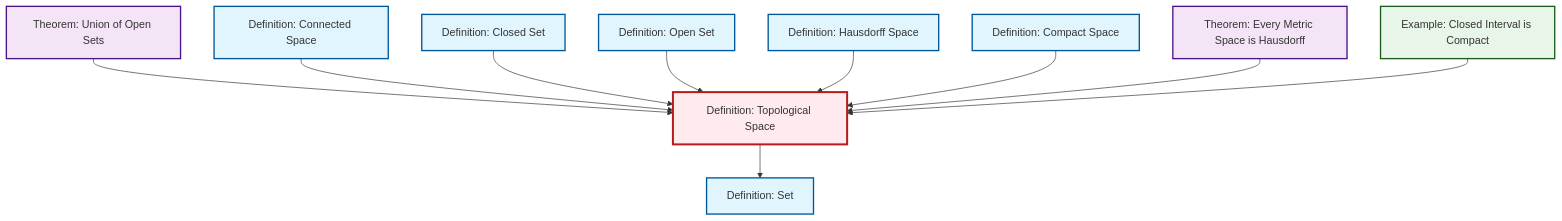
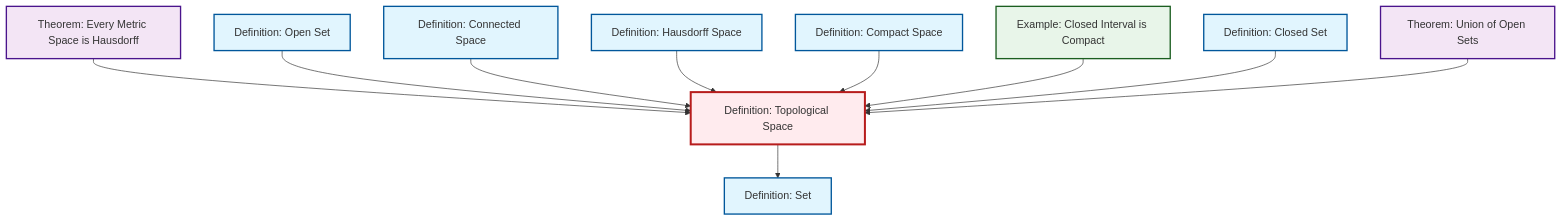
Before and after one commit to RK0429/ModernMath: the diagram in content/ja/topology/def-topological-space.qmd, drawn with Mermaid. The commit also changed other lines of this file and 434 other files, not shown here.

````diff
--- a/content/ja/topology/def-topological-space.qmd
+++ b/content/ja/topology/def-topological-space.qmd
@@ -60,38 +60,38 @@
 ```{mermaid}
 %%| fig-cap: "Local dependency graph"
 graph TD
     classDef definition fill:#e1f5fe,stroke:#01579b,stroke-width:2px
     classDef theorem fill:#f3e5f5,stroke:#4a148c,stroke-width:2px
     classDef axiom fill:#fff3e0,stroke:#e65100,stroke-width:2px
     classDef example fill:#e8f5e9,stroke:#1b5e20,stroke-width:2px
     classDef current fill:#ffebee,stroke:#b71c1c,stroke-width:3px
     def-topological-space["Definition: Topological Space"]:::definition
+    def-set["Definition: Set"]:::definition
+    def-closed-set["Definition: Closed Set"]:::definition
+    ex-closed-interval-compact["Example: Closed Interval is Compact"]:::example
     thm-union-open-sets["Theorem: Union of Open Sets"]:::theorem
+    def-connected["Definition: Connected Space"]:::definition
+    def-open-set["Definition: Open Set"]:::definition
     def-hausdorff["Definition: Hausdorff Space"]:::definition
+    thm-metric-hausdorff["Theorem: Every Metric Space is Hausdorff"]:::theorem
     def-compact["Definition: Compact Space"]:::definition
-    ex-closed-interval-compact["Example: Closed Interval is Compact"]:::example
-    def-open-set["Definition: Open Set"]:::definition
-    thm-metric-hausdorff["Theorem: Every Metric Space is Hausdorff"]:::theorem
-    def-connected["Definition: Connected Space"]:::definition
-    def-closed-set["Definition: Closed Set"]:::definition
-    def-set["Definition: Set"]:::definition
-    thm-union-open-sets --> def-topological-space
-    def-topological-space --> def-set
+    thm-metric-hausdorff --> def-topological-space
+    def-open-set --> def-topological-space
     def-connected --> def-topological-space
-    def-closed-set --> def-topological-space
-    def-open-set --> def-topological-space
     def-hausdorff --> def-topological-space
     def-compact --> def-topological-space
-    thm-metric-hausdorff --> def-topological-space
     ex-closed-interval-compact --> def-topological-space
+    def-topological-space --> def-set
+    def-closed-set --> def-topological-space
+    thm-union-open-sets --> def-topological-space
     class def-topological-space current
+    click def-set "def-set.html" "Definition: Setへ"
+    click def-closed-set "def-closed-set.html" "Definition: Closed Setへ"
+    click ex-closed-interval-compact "ex-closed-interval-compact.html" "Example: Closed Interval is Compactへ"
     click thm-union-open-sets "thm-union-open-sets.html" "Theorem: Union of Open Setsへ"
+    click def-connected "def-connected.html" "Definition: Connected Spaceへ"
+    click def-open-set "def-open-set.html" "Definition: Open Setへ"
     click def-hausdorff "def-hausdorff.html" "Definition: Hausdorff Spaceへ"
+    click thm-metric-hausdorff "thm-metric-hausdorff.html" "Theorem: Every Metric Space is Hausdorffへ"
     click def-compact "def-compact.html" "Definition: Compact Spaceへ"
-    click ex-closed-interval-compact "ex-closed-interval-compact.html" "Example: Closed Interval is Compactへ"
-    click def-open-set "def-open-set.html" "Definition: Open Setへ"
-    click thm-metric-hausdorff "thm-metric-hausdorff.html" "Theorem: Every Metric Space is Hausdorffへ"
-    click def-connected "def-connected.html" "Definition: Connected Spaceへ"
-    click def-closed-set "def-closed-set.html" "Definition: Closed Setへ"
-    click def-set "def-set.html" "Definition: Setへ"
 ```
````
